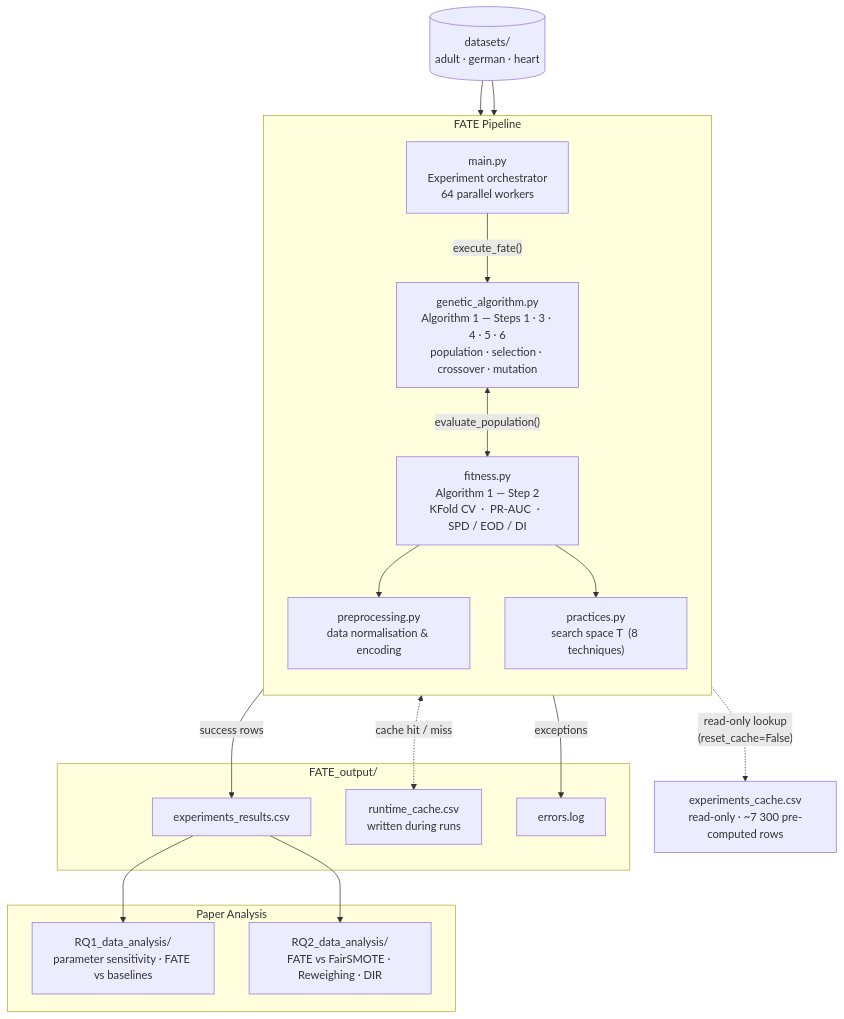
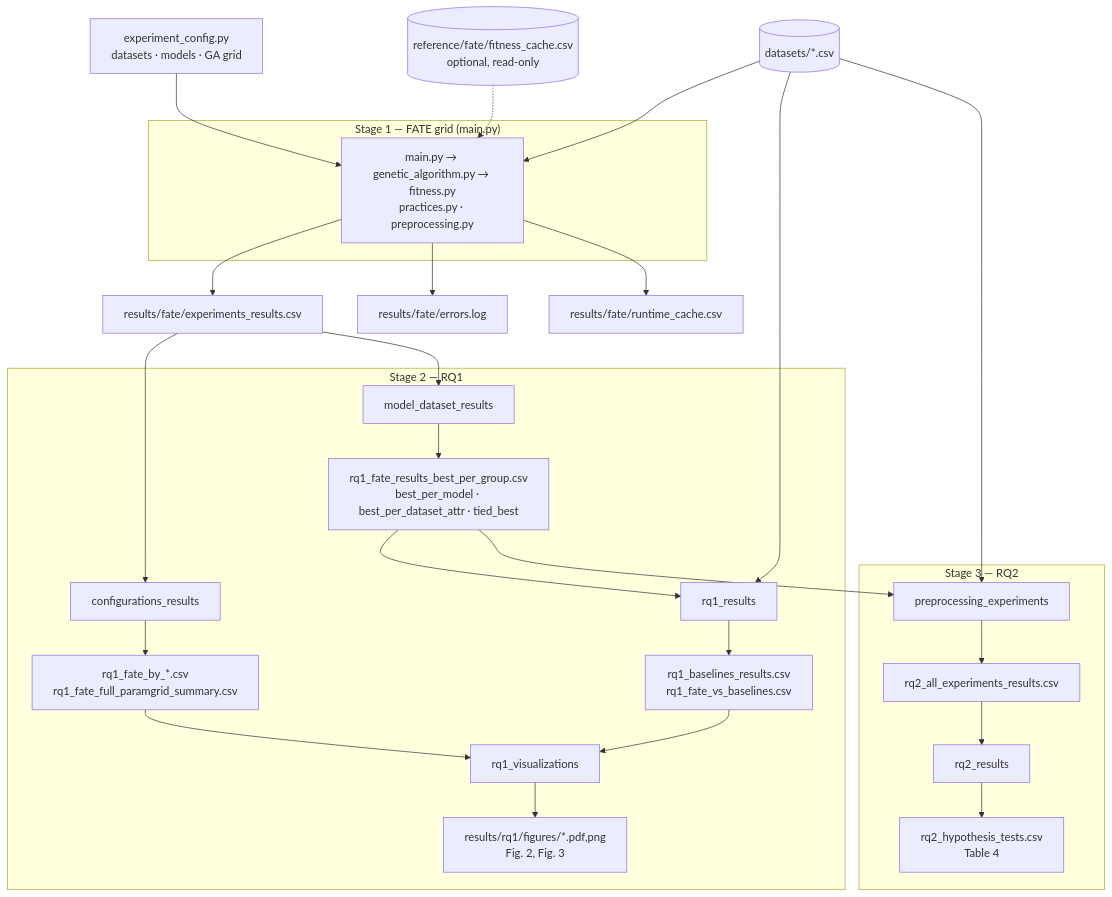
The diagram in README.md (gianwario/FATE), drawn with Mermaid before and after one commit. The commit also changed other lines of this file and 81 other files, not shown here.

````diff
--- a/README.md
+++ b/README.md
@@ -275,39 +63,36 @@
 ```mermaid
 flowchart TD
-    DS[(datasets/\nadult · german · heart)]
+    DS[(datasets/*.csv)]
+    CFG[experiment_config.py<br/>datasets · models · GA grid]
+    REFC[(reference/fate/fitness_cache.csv<br/>optional, read-only)]
 
-    subgraph fate["FATE Pipeline"]
-        direction TB
-        MAIN["main.py\nExperiment orchestrator\n64 parallel workers"]
-        GA["genetic_algorithm.py\nAlgorithm 1 — Steps 1 · 3 · 4 · 5 · 6\npopulation · selection · crossover · mutation"]
-        FIT["fitness.py\nAlgorithm 1 — Step 2\nKFold CV  ·  PR-AUC  ·  SPD / EOD / DI"]
-        PREP["preprocessing.py\ndata normalisation & encoding"]
-        PRAC["practices.py\nsearch space T  (8 techniques)"]
+    subgraph S1["Stage 1 — FATE grid (main.py)"]
+        MAIN[main.py → genetic_algorithm.py → fitness.py<br/>practices.py · preprocessing.py]
+    end
+    FR[results/fate/experiments_results.csv]
+    FE[results/fate/errors.log]
+    RC[results/fate/runtime_cache.csv]
+
+    subgraph S2["Stage 2 — RQ1"]
+        C1[configurations_results] --> P1[rq1_fate_by_*.csv<br/>rq1_fate_full_paramgrid_summary.csv]
+        C2[model_dataset_results] --> P2[rq1_fate_results_best_per_group.csv<br/>best_per_model · best_per_dataset_attr · tied_best]
+        C3[rq1_results] --> P3[rq1_baselines_results.csv<br/>rq1_fate_vs_baselines.csv]
+        C4[rq1_visualizations] --> P4[results/rq1/figures/*.pdf,png<br/>Fig. 2, Fig. 3]
     end
 
-    subgraph out["FATE_output/"]
-        CSV["experiments_results.csv"]
-        RCACHE["runtime_cache.csv\nwritten during runs"]
-        LOG["errors.log"]
+    subgraph S3["Stage 3 — RQ2"]
+        C5[preprocessing_experiments] --> P5[rq2_all_experiments_results.csv]
+        C6[rq2_results] --> P6[rq2_hypothesis_tests.csv<br/>Table 4]
     end
 
-    ROOT["experiments_cache.csv\nread-only · ~7 300 pre-computed rows"]
-
-    subgraph analysis["Paper Analysis"]
-        RQ1["RQ1_data_analysis/\nparameter sensitivity · FATE vs baselines"]
-        RQ2["RQ2_data_analysis/\nFATE vs FairSMOTE · Reweighing · DIR"]
-    end
-
-    DS      --> MAIN
-    DS      --> FIT
-    MAIN    -->|"execute_fate()"| GA
-    GA     <-->|"evaluate_population()"| FIT
-    FIT     --> PREP
-    FIT     --> PRAC
-    FIT    <-.->|"cache hit / miss"| RCACHE
-    FIT    -.->|"read-only lookup\n(reset_cache=False)"| ROOT
-    MAIN    -->|"success rows"| CSV
-    MAIN    -->|"exceptions"| LOG
-    CSV     --> RQ1
-    CSV     --> RQ2
+    DS --> MAIN
+    CFG --> MAIN
+    REFC -.-> MAIN
+    MAIN --> FR & FE & RC
+    FR --> C1 & C2
+    P2 --> C3
+    DS --> C3 & C5
+    P1 & P3 --> C4
+    P2 --> C5
+    P5 --> C6
 ```
````
